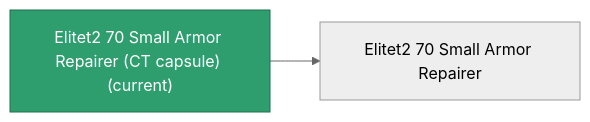
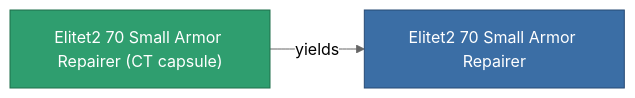
One commit to OpenPerpetuum/Wiki changed the diagram in content/content/items/elitet2_70_small_armor_repairer_CT_capsule.md. Above: the diagram before and after it, drawn with Mermaid (neutral theme). The commit also changed other lines of this file and 2015 other files, not shown here.

````diff
--- a/content/content/items/elitet2_70_small_armor_repairer_CT_capsule.md
+++ b/content/content/items/elitet2_70_small_armor_repairer_CT_capsule.md
@@ -33,8 +33,9 @@
 ```mermaid
 graph LR
-    a["Elitet2 70 Small Armor Repairer (CT capsule) (current)"]:::current
-    b["Elitet2 70 Small Armor Repairer"]
-    a --> b
-    click b "/content/items/elitet2-70-small-armor-repairer/" "Elitet2 70 Small Armor Repairer"
+    a["Elitet2 70 Small Armor Repairer (CT capsule)"]:::current
+    b["Elitet2 70 Small Armor Repairer"]:::finished
+    a -->|yields| b
+                click b "/content/items/elitet2-70-small-armor-repairer/" "Elitet2 70 Small Armor Repairer"
     classDef current fill:#2f9e6f,stroke:#1f6f4a,color:#ffffff
+    classDef finished fill:#3b6ea5,stroke:#274a75,color:#ffffff
 ```
````
